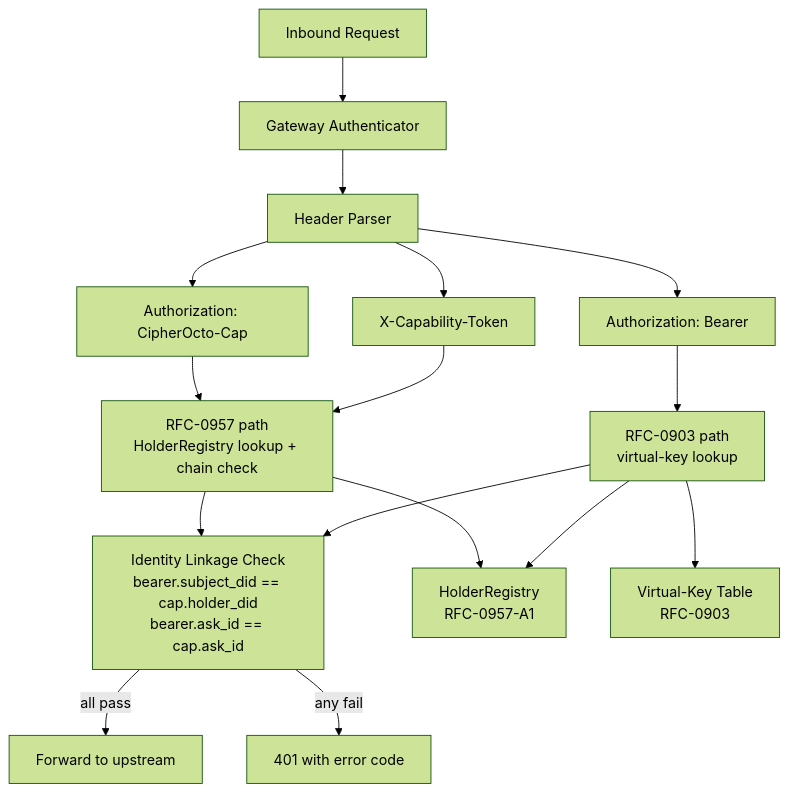
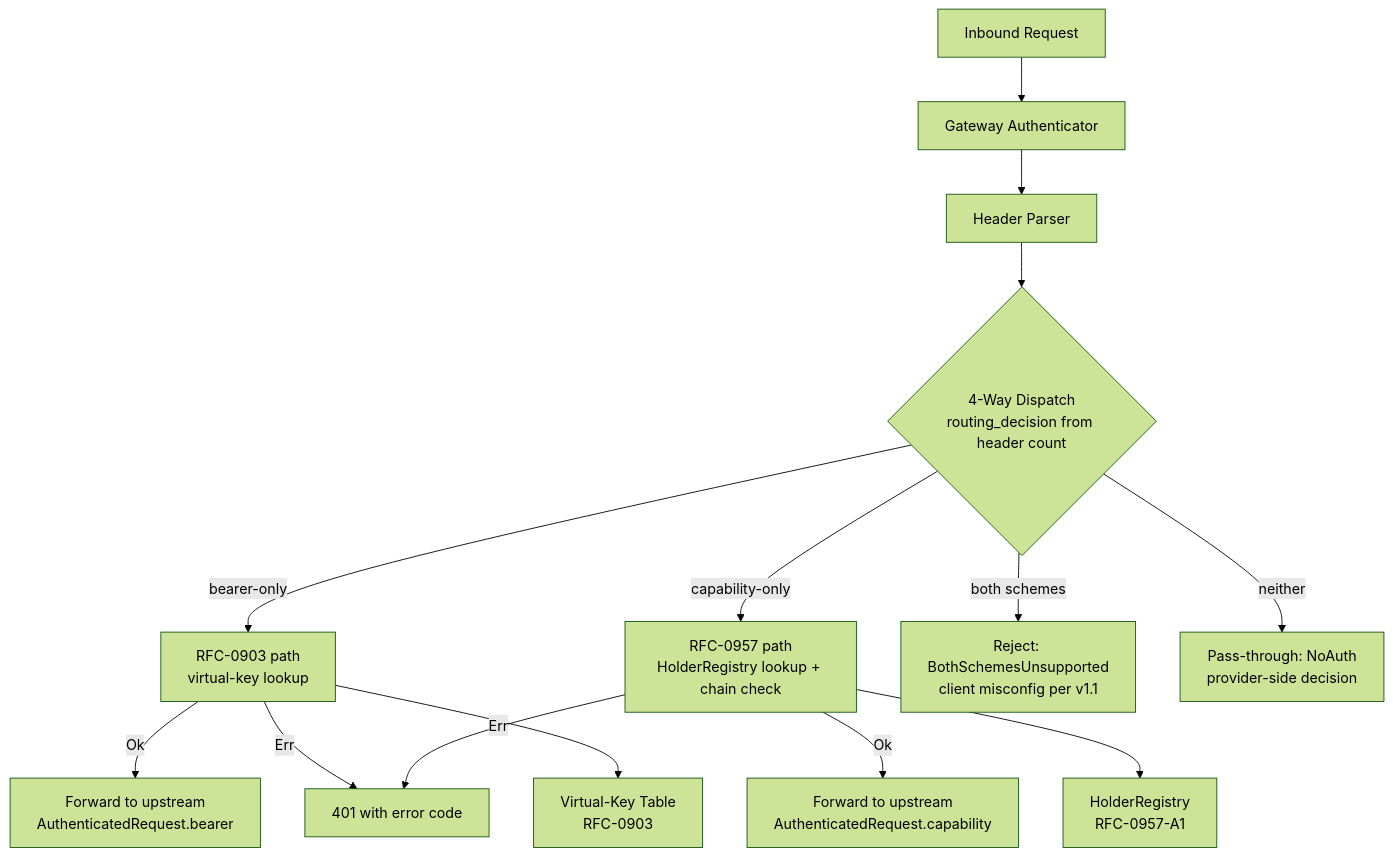
One commit to CipherOcto/cipherocto changed the first of 2 diagrams in rfcs/accepted/economics/0969-dual-pipeline-authorization.md. Above: the diagram before and after it, drawn with Mermaid (forest theme). The commit also changed other lines of this file and 3 other files, not shown here.

First line of the commit message:
docs: round-3 adversarial review fixes — RFC-0969 dispatch sweep complete

````diff
--- a/rfcs/accepted/economics/0969-dual-pipeline-authorization.md
+++ b/rfcs/accepted/economics/0969-dual-pipeline-authorization.md
@@ -147,18 +147,16 @@
 ```mermaid
 graph TB
     REQ[Inbound Request] --> GA[Gateway Authenticator]
     GA --> PARSE[Header Parser]
-    PARSE --> B[Authorization: Bearer]
-    PARSE --> C1[X-Capability-Token]
-    PARSE --> C2[Authorization: CipherOcto-Cap]
-    B --> P1[RFC-0903 path<br/>virtual-key lookup]
-    C1 --> P2[RFC-0957 path<br/>HolderRegistry lookup + chain check]
-    C2 --> P2
-    P1 --> LINK[Identity Linkage Check<br/>bearer.subject_did == cap.holder_did<br/>bearer.ask_id == cap.ask_id]
-    P2 --> LINK
-    LINK -->|all pass| FWD[Forward to upstream]
-    LINK -->|any fail| ERR[401 with error code]
-    P1 --> REG[HolderRegistry<br/>RFC-0957-A1]
-    P2 --> REG
-    P1 --> VK[Virtual-Key Table<br/>RFC-0903]
+    PARSE --> DISPATCH{4-Way Dispatch<br/>routing_decision from header count}
+    DISPATCH -->|bearer-only| B[RFC-0903 path<br/>virtual-key lookup]
+    DISPATCH -->|capability-only| C[RFC-0957 path<br/>HolderRegistry lookup + chain check]
+    DISPATCH -->|both schemes| BSX[Reject: BothSchemesUnsupported<br/>client misconfig per v1.1]
+    DISPATCH -->|neither| NA[Pass-through: NoAuth<br/>provider-side decision]
+    B -->|Ok| FWD[Forward to upstream<br/>AuthenticatedRequest.bearer]
+    C -->|Ok| FWD2[Forward to upstream<br/>AuthenticatedRequest.capability]
+    B -->|Err| ERR[401 with error code]
+    C -->|Err| ERR
+    B --> VK[Virtual-Key Table<br/>RFC-0903]
+    C --> REG[HolderRegistry<br/>RFC-0957-A1]
 ```
````
